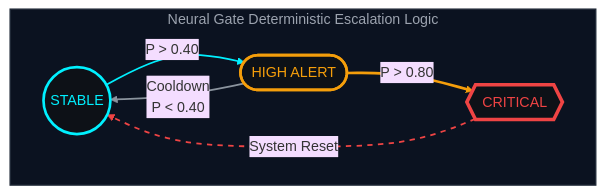
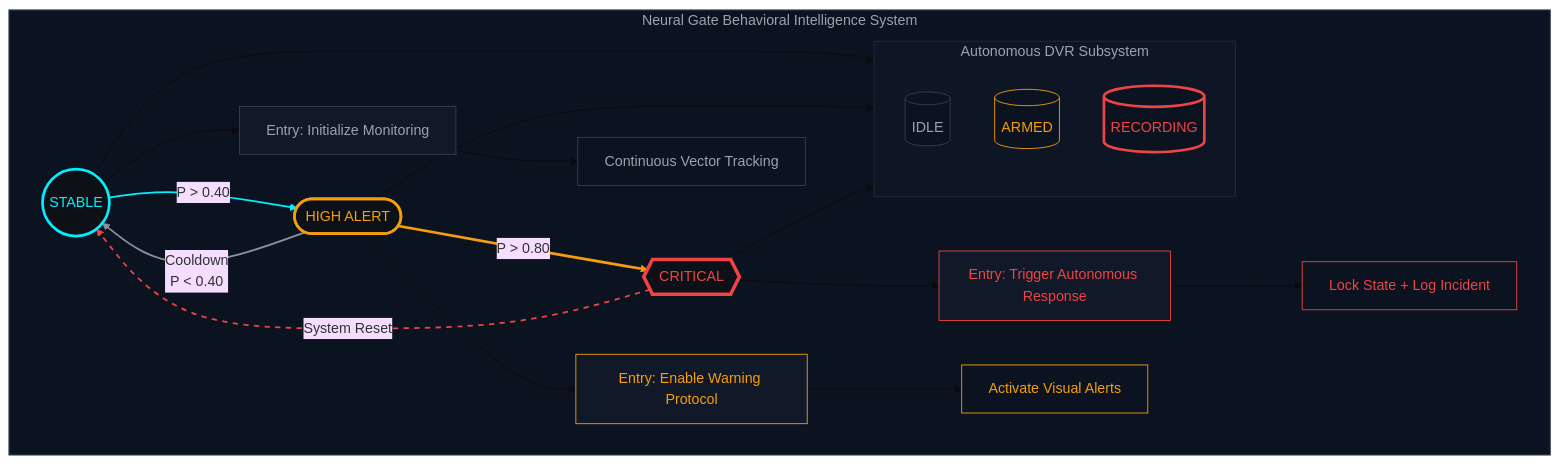
One commit to ahmedxzarai/Neural-Gate-v3.1 changed the diagram in README.md. Above: the diagram before and after it, drawn with Mermaid (base theme).

````diff
--- a/README.md
+++ b/README.md
@@ -111,39 +111,81 @@
 ```mermaid
 flowchart LR
-    %% ===============================
-    %% NEURAL GATE — THREAT STATE MACHINE
-    %% ===============================
+%% ==========================================================
+%% NEURAL GATE v3.1
+%% HIERARCHICAL BEHAVIORAL THREAT STATE MACHINE (HSM)
+%% ==========================================================
 
-    %% Core States
-    S((STABLE))
-    H([HIGH ALERT])
-    C{{CRITICAL}}
+%% ================= ROOT SYSTEM =================
+subgraph NG["Neural Gate Behavioral Intelligence System"]
 
-    %% Operational Subgraph
-    subgraph NG["Neural Gate Deterministic Escalation Logic"]
-        direction LR
-        S -->|P > 0.40| H
-        H -->|P > 0.80| C
-        H -->|Cooldown\nP < 0.40| S
-        C -.->|System Reset| S
-    end
+direction LR
 
-    %% ===============================
-    %% STATE STYLING (Premium Dark Mode)
-    %% ===============================
+%% ================= PRIMARY STATES =================
+S((STABLE))
+H([HIGH ALERT])
+C{{CRITICAL}}
 
-    style NG fill:#0B1220,stroke:#1F2937,stroke-width:1.5px,color:#9CA3AF
+%% ================= ESCALATION LOGIC =================
+S -->|P > 0.40| H
+H -->|P > 0.80| C
+H -->|Cooldown\nP < 0.40| S
+C -.->|System Reset| S
 
-    style S fill:#0D1117,stroke:#00F0FF,stroke-width:3px,color:#00F0FF
-    style H fill:#0D1117,stroke:#F59E0B,stroke-width:3px,color:#F59E0B
-    style C fill:#0D1117,stroke:#EF4444,stroke-width:4px,color:#EF4444
+%% ================= ENTRY / EXIT ACTIONS =================
+S --> ES[Entry: Initialize Monitoring]
+H --> EH[Entry: Enable Warning Protocol]
+C --> EC[Entry: Trigger Autonomous Response]
 
-    %% ===============================
-    %% LINK STYLING
-    %% ===============================
+ES --> MON[Continuous Vector Tracking]
+EH --> WARN[Activate Visual Alerts]
+EC --> RESP[Lock State + Log Incident]
 
-    linkStyle 0 stroke:#00F0FF,stroke-width:2px
-    linkStyle 1 stroke:#F59E0B,stroke-width:3px
-    linkStyle 2 stroke:#8B949E,stroke-width:2px
-    linkStyle 3 stroke:#EF4444,stroke-width:2px,stroke-dasharray: 6 6
+%% ================= DVR SUBSYSTEM =================
+subgraph DVR["Autonomous DVR Subsystem"]
+
+direction TB
+
+D1[(IDLE)]
+D2[(ARMED)]
+D3[(RECORDING)]
+
+end
+
+%% DVR Mapping
+S --> D1
+H --> D2
+C --> D3
+
+end
+
+%% ================= VISUAL STYLING =================
+
+style NG fill:#0B1220,stroke:#1F2937,stroke-width:1.5px,color:#9CA3AF
+style DVR fill:#0E1625,stroke:#1F2937,stroke-width:1.2px,color:#9CA3AF
+
+%% Primary States
+style S fill:#0D1117,stroke:#00F0FF,stroke-width:3px,color:#00F0FF
+style H fill:#0D1117,stroke:#F59E0B,stroke-width:3px,color:#F59E0B
+style C fill:#0D1117,stroke:#EF4444,stroke-width:4px,color:#EF4444
+
+%% Entry Actions
+style ES fill:#111827,stroke:#334155,color:#9CA3AF
+style EH fill:#111827,stroke:#F59E0B,color:#F59E0B
+style EC fill:#111827,stroke:#EF4444,color:#EF4444
+
+%% Operational Blocks
+style MON fill:#0B1220,stroke:#334155,color:#9CA3AF
+style WARN fill:#0B1220,stroke:#F59E0B,color:#F59E0B
+style RESP fill:#0B1220,stroke:#EF4444,color:#EF4444
+
+%% DVR States
+style D1 fill:#0B1220,stroke:#334155,color:#9CA3AF
+style D2 fill:#0B1220,stroke:#F59E0B,color:#F59E0B
+style D3 fill:#0B1220,stroke:#EF4444,stroke-width:3px,color:#EF4444
+
+%% Link Styling
+linkStyle 0 stroke:#00F0FF,stroke-width:2px
+linkStyle 1 stroke:#F59E0B,stroke-width:3px
+linkStyle 2 stroke:#8B949E,stroke-width:2px
+linkStyle 3 stroke:#EF4444,stroke-width:2px,stroke-dasharray: 6 6
 ```
````
